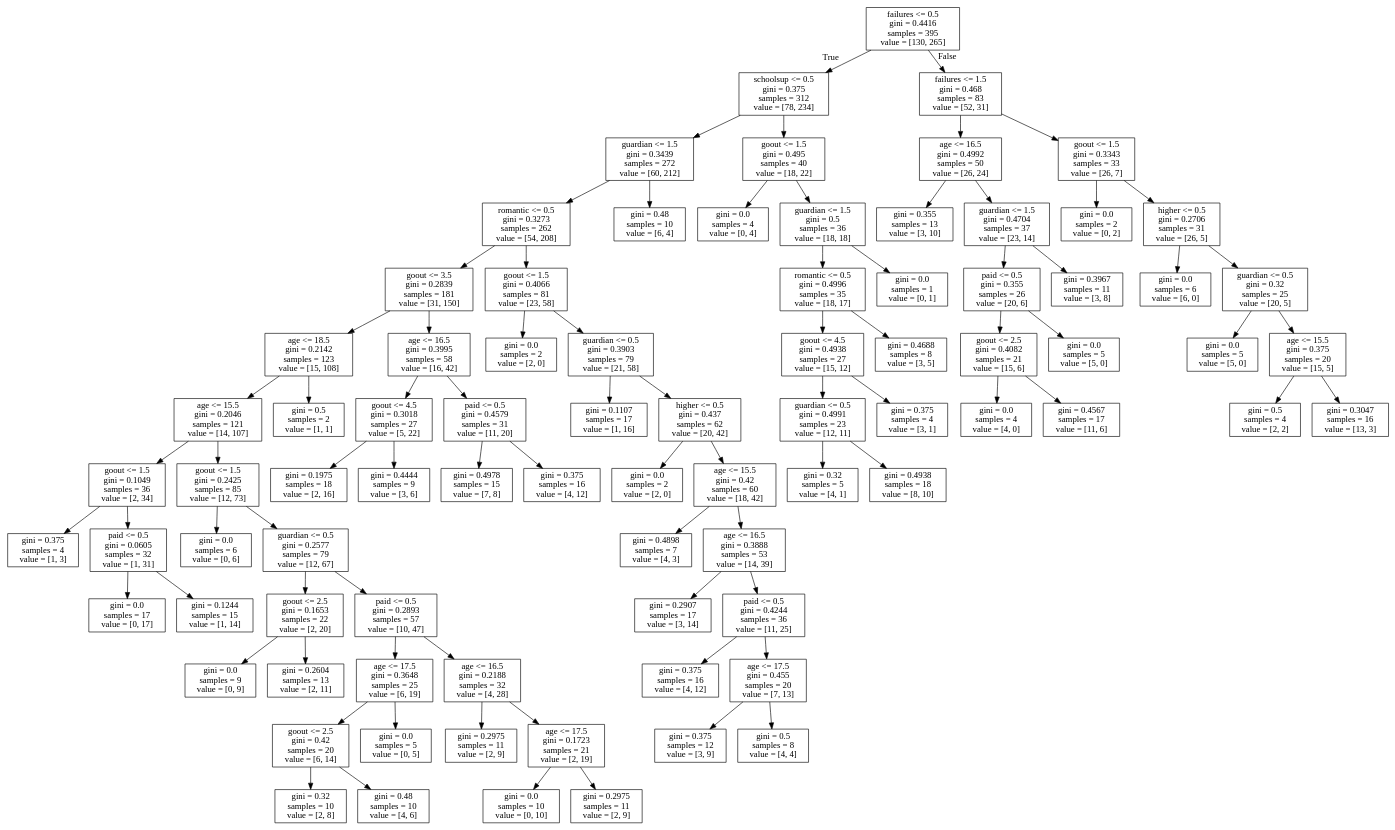
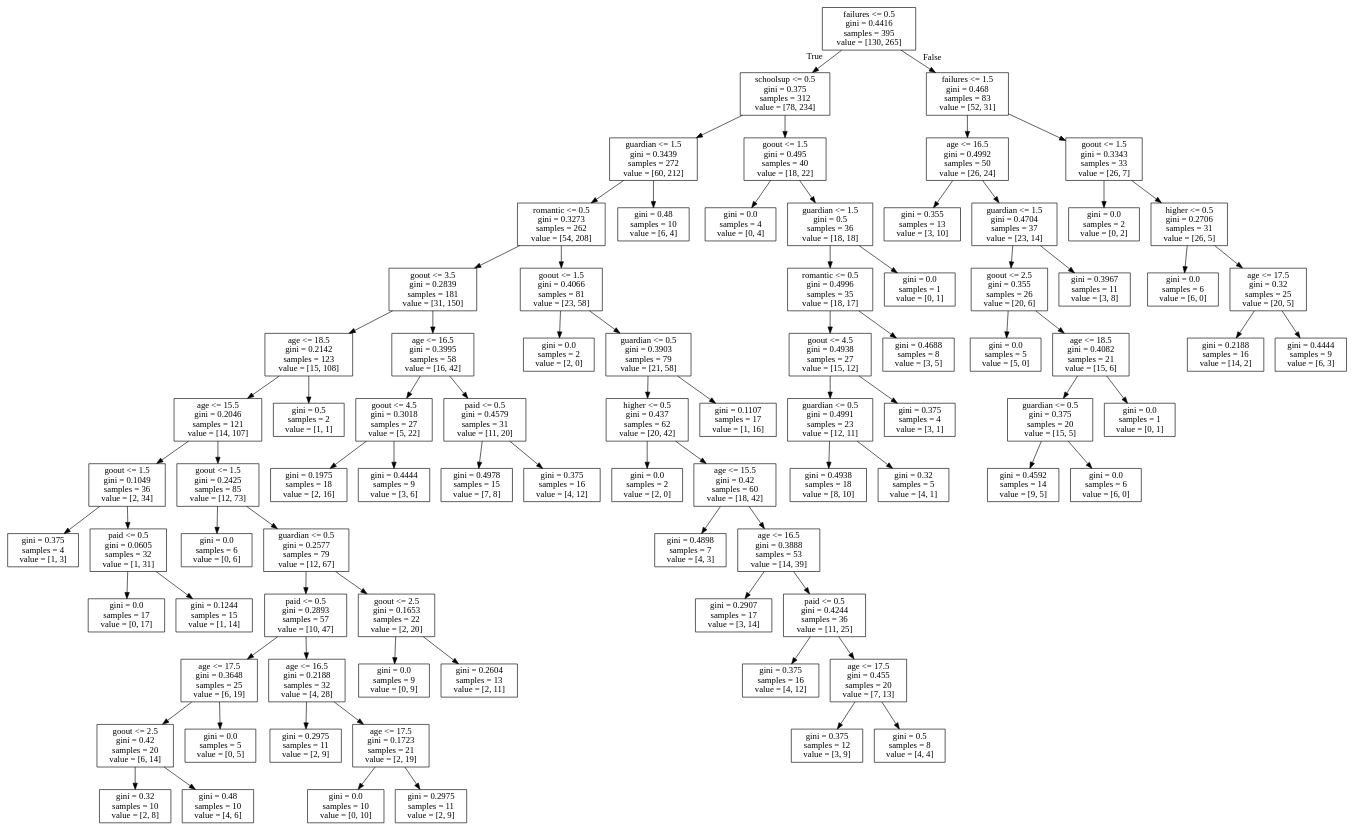
Before and after one commit to Ddetry/project_Classification: the diagram in dt.dot, drawn with Graphviz. The commit also changed 4 other files, not shown here.

```diff
--- a/dt.dot
+++ b/dt.dot
@@ -1,168 +1,168 @@
 digraph Tree {
 node [shape=box] ;
 0 [label="failures <= 0.5\ngini = 0.4416\nsamples = 395\nvalue = [130, 265]"] ;
 1 [label="schoolsup <= 0.5\ngini = 0.375\nsamples = 312\nvalue = [78, 234]"] ;
 0 -> 1 [labeldistance=2.5, labelangle=45, headlabel="True"] ;
 2 [label="guardian <= 1.5\ngini = 0.3439\nsamples = 272\nvalue = [60, 212]"] ;
 1 -> 2 ;
 3 [label="romantic <= 0.5\ngini = 0.3273\nsamples = 262\nvalue = [54, 208]"] ;
 2 -> 3 ;
 4 [label="goout <= 3.5\ngini = 0.2839\nsamples = 181\nvalue = [31, 150]"] ;
 3 -> 4 ;
 5 [label="age <= 18.5\ngini = 0.2142\nsamples = 123\nvalue = [15, 108]"] ;
 4 -> 5 ;
 6 [label="age <= 15.5\ngini = 0.2046\nsamples = 121\nvalue = [14, 107]"] ;
 5 -> 6 ;
 7 [label="goout <= 1.5\ngini = 0.1049\nsamples = 36\nvalue = [2, 34]"] ;
 6 -> 7 ;
 8 [label="gini = 0.375\nsamples = 4\nvalue = [1, 3]"] ;
 7 -> 8 ;
 9 [label="paid <= 0.5\ngini = 0.0605\nsamples = 32\nvalue = [1, 31]"] ;
 7 -> 9 ;
 10 [label="gini = 0.0\nsamples = 17\nvalue = [0, 17]"] ;
 9 -> 10 ;
 11 [label="gini = 0.1244\nsamples = 15\nvalue = [1, 14]"] ;
 9 -> 11 ;
 12 [label="goout <= 1.5\ngini = 0.2425\nsamples = 85\nvalue = [12, 73]"] ;
 6 -> 12 ;
 13 [label="gini = 0.0\nsamples = 6\nvalue = [0, 6]"] ;
 12 -> 13 ;
 14 [label="guardian <= 0.5\ngini = 0.2577\nsamples = 79\nvalue = [12, 67]"] ;
 12 -> 14 ;
-15 [label="goout <= 2.5\ngini = 0.1653\nsamples = 22\nvalue = [2, 20]"] ;
+15 [label="paid <= 0.5\ngini = 0.2893\nsamples = 57\nvalue = [10, 47]"] ;
 14 -> 15 ;
-16 [label="gini = 0.0\nsamples = 9\nvalue = [0, 9]"] ;
+16 [label="age <= 17.5\ngini = 0.3648\nsamples = 25\nvalue = [6, 19]"] ;
 15 -> 16 ;
-17 [label="gini = 0.2604\nsamples = 13\nvalue = [2, 11]"] ;
-15 -> 17 ;
-18 [label="paid <= 0.5\ngini = 0.2893\nsamples = 57\nvalue = [10, 47]"] ;
-14 -> 18 ;
-19 [label="age <= 17.5\ngini = 0.3648\nsamples = 25\nvalue = [6, 19]"] ;
-18 -> 19 ;
-20 [label="goout <= 2.5\ngini = 0.42\nsamples = 20\nvalue = [6, 14]"] ;
-19 -> 20 ;
-21 [label="gini = 0.32\nsamples = 10\nvalue = [2, 8]"] ;
-20 -> 21 ;
-22 [label="gini = 0.48\nsamples = 10\nvalue = [4, 6]"] ;
-20 -> 22 ;
-23 [label="gini = 0.0\nsamples = 5\nvalue = [0, 5]"] ;
-19 -> 23 ;
-24 [label="age <= 16.5\ngini = 0.2188\nsamples = 32\nvalue = [4, 28]"] ;
-18 -> 24 ;
+17 [label="goout <= 2.5\ngini = 0.42\nsamples = 20\nvalue = [6, 14]"] ;
+16 -> 17 ;
+18 [label="gini = 0.32\nsamples = 10\nvalue = [2, 8]"] ;
+17 -> 18 ;
+19 [label="gini = 0.48\nsamples = 10\nvalue = [4, 6]"] ;
+17 -> 19 ;
+20 [label="gini = 0.0\nsamples = 5\nvalue = [0, 5]"] ;
+16 -> 20 ;
+21 [label="age <= 16.5\ngini = 0.2188\nsamples = 32\nvalue = [4, 28]"] ;
+15 -> 21 ;
+22 [label="gini = 0.2975\nsamples = 11\nvalue = [2, 9]"] ;
+21 -> 22 ;
+23 [label="age <= 17.5\ngini = 0.1723\nsamples = 21\nvalue = [2, 19]"] ;
+21 -> 23 ;
+24 [label="gini = 0.0\nsamples = 10\nvalue = [0, 10]"] ;
+23 -> 24 ;
 25 [label="gini = 0.2975\nsamples = 11\nvalue = [2, 9]"] ;
-24 -> 25 ;
-26 [label="age <= 17.5\ngini = 0.1723\nsamples = 21\nvalue = [2, 19]"] ;
-24 -> 26 ;
-27 [label="gini = 0.0\nsamples = 10\nvalue = [0, 10]"] ;
+23 -> 25 ;
+26 [label="goout <= 2.5\ngini = 0.1653\nsamples = 22\nvalue = [2, 20]"] ;
+14 -> 26 ;
+27 [label="gini = 0.0\nsamples = 9\nvalue = [0, 9]"] ;
 26 -> 27 ;
-28 [label="gini = 0.2975\nsamples = 11\nvalue = [2, 9]"] ;
+28 [label="gini = 0.2604\nsamples = 13\nvalue = [2, 11]"] ;
 26 -> 28 ;
 29 [label="gini = 0.5\nsamples = 2\nvalue = [1, 1]"] ;
 5 -> 29 ;
 30 [label="age <= 16.5\ngini = 0.3995\nsamples = 58\nvalue = [16, 42]"] ;
 4 -> 30 ;
 31 [label="goout <= 4.5\ngini = 0.3018\nsamples = 27\nvalue = [5, 22]"] ;
 30 -> 31 ;
 32 [label="gini = 0.1975\nsamples = 18\nvalue = [2, 16]"] ;
 31 -> 32 ;
 33 [label="gini = 0.4444\nsamples = 9\nvalue = [3, 6]"] ;
 31 -> 33 ;
 34 [label="paid <= 0.5\ngini = 0.4579\nsamples = 31\nvalue = [11, 20]"] ;
 30 -> 34 ;
 35 [label="gini = 0.4978\nsamples = 15\nvalue = [7, 8]"] ;
 34 -> 35 ;
 36 [label="gini = 0.375\nsamples = 16\nvalue = [4, 12]"] ;
 34 -> 36 ;
 37 [label="goout <= 1.5\ngini = 0.4066\nsamples = 81\nvalue = [23, 58]"] ;
 3 -> 37 ;
 38 [label="gini = 0.0\nsamples = 2\nvalue = [2, 0]"] ;
 37 -> 38 ;
 39 [label="guardian <= 0.5\ngini = 0.3903\nsamples = 79\nvalue = [21, 58]"] ;
 37 -> 39 ;
-40 [label="gini = 0.1107\nsamples = 17\nvalue = [1, 16]"] ;
+40 [label="higher <= 0.5\ngini = 0.437\nsamples = 62\nvalue = [20, 42]"] ;
 39 -> 40 ;
-41 [label="higher <= 0.5\ngini = 0.437\nsamples = 62\nvalue = [20, 42]"] ;
-39 -> 41 ;
-42 [label="gini = 0.0\nsamples = 2\nvalue = [2, 0]"] ;
-41 -> 42 ;
-43 [label="age <= 15.5\ngini = 0.42\nsamples = 60\nvalue = [18, 42]"] ;
-41 -> 43 ;
-44 [label="gini = 0.4898\nsamples = 7\nvalue = [4, 3]"] ;
-43 -> 44 ;
-45 [label="age <= 16.5\ngini = 0.3888\nsamples = 53\nvalue = [14, 39]"] ;
-43 -> 45 ;
-46 [label="gini = 0.2907\nsamples = 17\nvalue = [3, 14]"] ;
-45 -> 46 ;
-47 [label="paid <= 0.5\ngini = 0.4244\nsamples = 36\nvalue = [11, 25]"] ;
-45 -> 47 ;
-48 [label="gini = 0.375\nsamples = 16\nvalue = [4, 12]"] ;
-47 -> 48 ;
-49 [label="age <= 17.5\ngini = 0.455\nsamples = 20\nvalue = [7, 13]"] ;
-47 -> 49 ;
-50 [label="gini = 0.375\nsamples = 12\nvalue = [3, 9]"] ;
-49 -> 50 ;
-51 [label="gini = 0.5\nsamples = 8\nvalue = [4, 4]"] ;
-49 -> 51 ;
+41 [label="gini = 0.0\nsamples = 2\nvalue = [2, 0]"] ;
+40 -> 41 ;
+42 [label="age <= 15.5\ngini = 0.42\nsamples = 60\nvalue = [18, 42]"] ;
+40 -> 42 ;
+43 [label="gini = 0.4898\nsamples = 7\nvalue = [4, 3]"] ;
+42 -> 43 ;
+44 [label="age <= 16.5\ngini = 0.3888\nsamples = 53\nvalue = [14, 39]"] ;
+42 -> 44 ;
+45 [label="gini = 0.2907\nsamples = 17\nvalue = [3, 14]"] ;
+44 -> 45 ;
+46 [label="paid <= 0.5\ngini = 0.4244\nsamples = 36\nvalue = [11, 25]"] ;
+44 -> 46 ;
+47 [label="gini = 0.375\nsamples = 16\nvalue = [4, 12]"] ;
+46 -> 47 ;
+48 [label="age <= 17.5\ngini = 0.455\nsamples = 20\nvalue = [7, 13]"] ;
+46 -> 48 ;
+49 [label="gini = 0.375\nsamples = 12\nvalue = [3, 9]"] ;
+48 -> 49 ;
+50 [label="gini = 0.5\nsamples = 8\nvalue = [4, 4]"] ;
+48 -> 50 ;
+51 [label="gini = 0.1107\nsamples = 17\nvalue = [1, 16]"] ;
+39 -> 51 ;
 52 [label="gini = 0.48\nsamples = 10\nvalue = [6, 4]"] ;
 2 -> 52 ;
 53 [label="goout <= 1.5\ngini = 0.495\nsamples = 40\nvalue = [18, 22]"] ;
 1 -> 53 ;
 54 [label="gini = 0.0\nsamples = 4\nvalue = [0, 4]"] ;
 53 -> 54 ;
 55 [label="guardian <= 1.5\ngini = 0.5\nsamples = 36\nvalue = [18, 18]"] ;
 53 -> 55 ;
 56 [label="romantic <= 0.5\ngini = 0.4996\nsamples = 35\nvalue = [18, 17]"] ;
 55 -> 56 ;
 57 [label="goout <= 4.5\ngini = 0.4938\nsamples = 27\nvalue = [15, 12]"] ;
 56 -> 57 ;
 58 [label="guardian <= 0.5\ngini = 0.4991\nsamples = 23\nvalue = [12, 11]"] ;
 57 -> 58 ;
-59 [label="gini = 0.32\nsamples = 5\nvalue = [4, 1]"] ;
+59 [label="gini = 0.4938\nsamples = 18\nvalue = [8, 10]"] ;
 58 -> 59 ;
-60 [label="gini = 0.4938\nsamples = 18\nvalue = [8, 10]"] ;
+60 [label="gini = 0.32\nsamples = 5\nvalue = [4, 1]"] ;
 58 -> 60 ;
 61 [label="gini = 0.375\nsamples = 4\nvalue = [3, 1]"] ;
 57 -> 61 ;
 62 [label="gini = 0.4688\nsamples = 8\nvalue = [3, 5]"] ;
 56 -> 62 ;
 63 [label="gini = 0.0\nsamples = 1\nvalue = [0, 1]"] ;
 55 -> 63 ;
 64 [label="failures <= 1.5\ngini = 0.468\nsamples = 83\nvalue = [52, 31]"] ;
 0 -> 64 [labeldistance=2.5, labelangle=-45, headlabel="False"] ;
 65 [label="age <= 16.5\ngini = 0.4992\nsamples = 50\nvalue = [26, 24]"] ;
 64 -> 65 ;
 66 [label="gini = 0.355\nsamples = 13\nvalue = [3, 10]"] ;
 65 -> 66 ;
 67 [label="guardian <= 1.5\ngini = 0.4704\nsamples = 37\nvalue = [23, 14]"] ;
 65 -> 67 ;
-68 [label="paid <= 0.5\ngini = 0.355\nsamples = 26\nvalue = [20, 6]"] ;
+68 [label="goout <= 2.5\ngini = 0.355\nsamples = 26\nvalue = [20, 6]"] ;
 67 -> 68 ;
-69 [label="goout <= 2.5\ngini = 0.4082\nsamples = 21\nvalue = [15, 6]"] ;
+69 [label="gini = 0.0\nsamples = 5\nvalue = [5, 0]"] ;
 68 -> 69 ;
-70 [label="gini = 0.0\nsamples = 4\nvalue = [4, 0]"] ;
-69 -> 70 ;
-71 [label="gini = 0.4567\nsamples = 17\nvalue = [11, 6]"] ;
-69 -> 71 ;
-72 [label="gini = 0.0\nsamples = 5\nvalue = [5, 0]"] ;
-68 -> 72 ;
-73 [label="gini = 0.3967\nsamples = 11\nvalue = [3, 8]"] ;
-67 -> 73 ;
-74 [label="goout <= 1.5\ngini = 0.3343\nsamples = 33\nvalue = [26, 7]"] ;
-64 -> 74 ;
-75 [label="gini = 0.0\nsamples = 2\nvalue = [0, 2]"] ;
-74 -> 75 ;
-76 [label="higher <= 0.5\ngini = 0.2706\nsamples = 31\nvalue = [26, 5]"] ;
-74 -> 76 ;
-77 [label="gini = 0.0\nsamples = 6\nvalue = [6, 0]"] ;
+70 [label="age <= 18.5\ngini = 0.4082\nsamples = 21\nvalue = [15, 6]"] ;
+68 -> 70 ;
+71 [label="guardian <= 0.5\ngini = 0.375\nsamples = 20\nvalue = [15, 5]"] ;
+70 -> 71 ;
+72 [label="gini = 0.4592\nsamples = 14\nvalue = [9, 5]"] ;
+71 -> 72 ;
+73 [label="gini = 0.0\nsamples = 6\nvalue = [6, 0]"] ;
+71 -> 73 ;
+74 [label="gini = 0.0\nsamples = 1\nvalue = [0, 1]"] ;
+70 -> 74 ;
+75 [label="gini = 0.3967\nsamples = 11\nvalue = [3, 8]"] ;
+67 -> 75 ;
+76 [label="goout <= 1.5\ngini = 0.3343\nsamples = 33\nvalue = [26, 7]"] ;
+64 -> 76 ;
+77 [label="gini = 0.0\nsamples = 2\nvalue = [0, 2]"] ;
 76 -> 77 ;
-78 [label="guardian <= 0.5\ngini = 0.32\nsamples = 25\nvalue = [20, 5]"] ;
+78 [label="higher <= 0.5\ngini = 0.2706\nsamples = 31\nvalue = [26, 5]"] ;
 76 -> 78 ;
-79 [label="gini = 0.0\nsamples = 5\nvalue = [5, 0]"] ;
+79 [label="gini = 0.0\nsamples = 6\nvalue = [6, 0]"] ;
 78 -> 79 ;
-80 [label="age <= 15.5\ngini = 0.375\nsamples = 20\nvalue = [15, 5]"] ;
+80 [label="age <= 17.5\ngini = 0.32\nsamples = 25\nvalue = [20, 5]"] ;
 78 -> 80 ;
-81 [label="gini = 0.5\nsamples = 4\nvalue = [2, 2]"] ;
+81 [label="gini = 0.2188\nsamples = 16\nvalue = [14, 2]"] ;
 80 -> 81 ;
-82 [label="gini = 0.3047\nsamples = 16\nvalue = [13, 3]"] ;
+82 [label="gini = 0.4444\nsamples = 9\nvalue = [6, 3]"] ;
 80 -> 82 ;
 }
```
